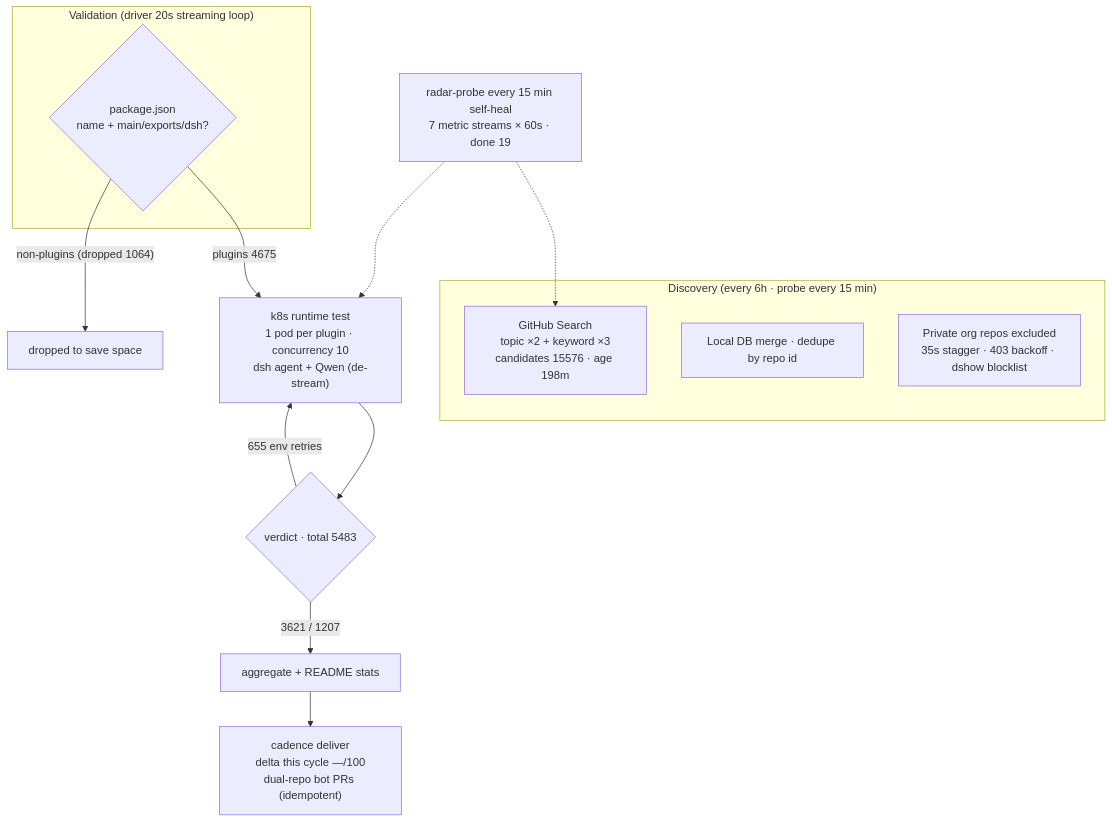
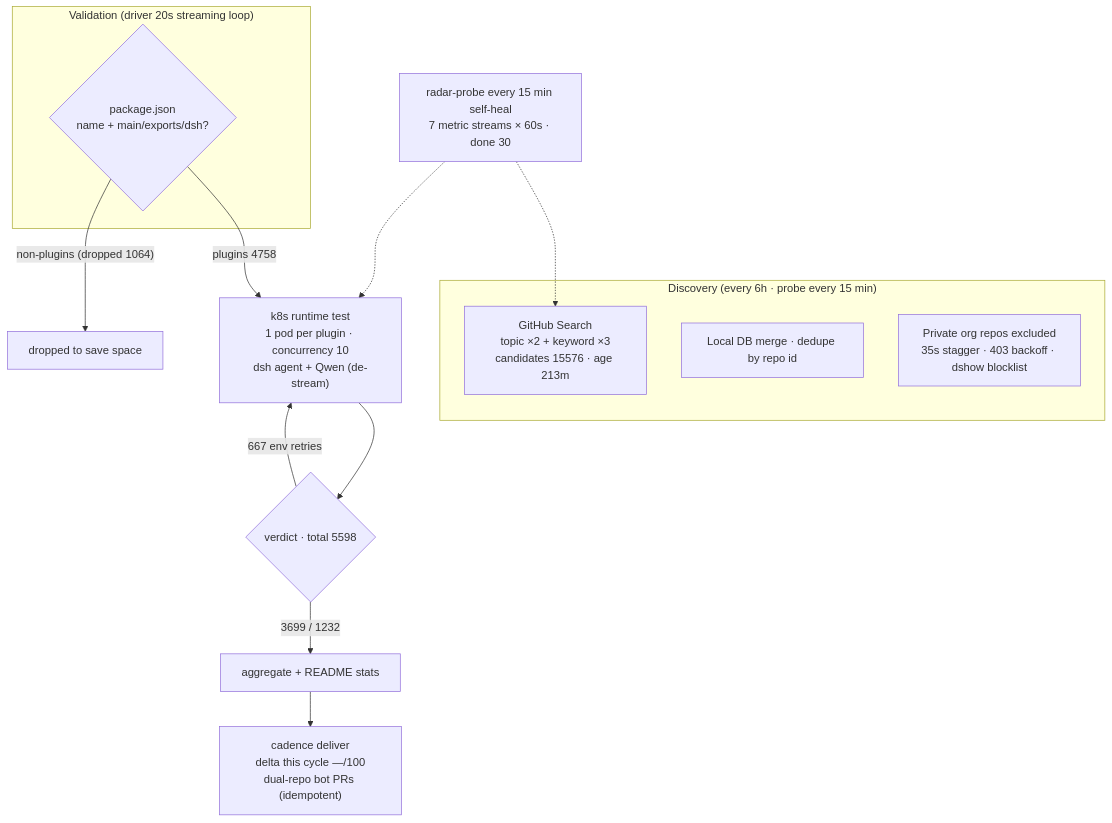
Before and after one commit to AdamPlatin123/awesome-dsh-plugins: the diagram in README.en-US.md, drawn with Mermaid. The commit also changed other lines of this file and 5 other files, not shown here.

````diff
--- a/README.en-US.md
+++ b/README.en-US.md
@@ -30,20 +30,20 @@
 ```mermaid
 flowchart TB
     subgraph Discovery["Discovery (every 6h · probe every 15 min)"]
-        A1["GitHub Search<br/>topic ×2 + keyword ×3<br/>candidates 15576 · age 198m"]
+        A1["GitHub Search<br/>topic ×2 + keyword ×3<br/>candidates 15576 · age 213m"]
         A2["Local DB merge · dedupe by repo id"]
         A3["Private org repos excluded<br/>35s stagger · 403 backoff · dshow blocklist"]
     end
     subgraph Validation["Validation (driver 20s streaming loop)"]
         B1{"package.json<br/>name + main/exports/dsh?"}
     end
-    B1 -->|"plugins 4675"| C1["k8s runtime test<br/>1 pod per plugin · concurrency 10<br/>dsh agent + Qwen (de-stream)"]
+    B1 -->|"plugins 4758"| C1["k8s runtime test<br/>1 pod per plugin · concurrency 10<br/>dsh agent + Qwen (de-stream)"]
     B1 -->|"non-plugins (dropped 1064)"| B3["dropped to save space"]
-    C1 --> D1{"verdict · total 5483"}
-    D1 -->|"3621 / 1207"| E1["aggregate + README stats"]
-    D1 -->|"655 env retries"| C1
+    C1 --> D1{"verdict · total 5598"}
+    D1 -->|"3699 / 1232"| E1["aggregate + README stats"]
+    D1 -->|"667 env retries"| C1
     E1 --> E2["cadence deliver<br/>delta this cycle —/100<br/>dual-repo bot PRs (idempotent)"]
-    M["radar-probe every 15 min self-heal<br/>7 metric streams × 60s · done 19"]
+    M["radar-probe every 15 min self-heal<br/>7 metric streams × 60s · done 30"]
     M -.-> A1
     M -.-> C1
 ```
````
